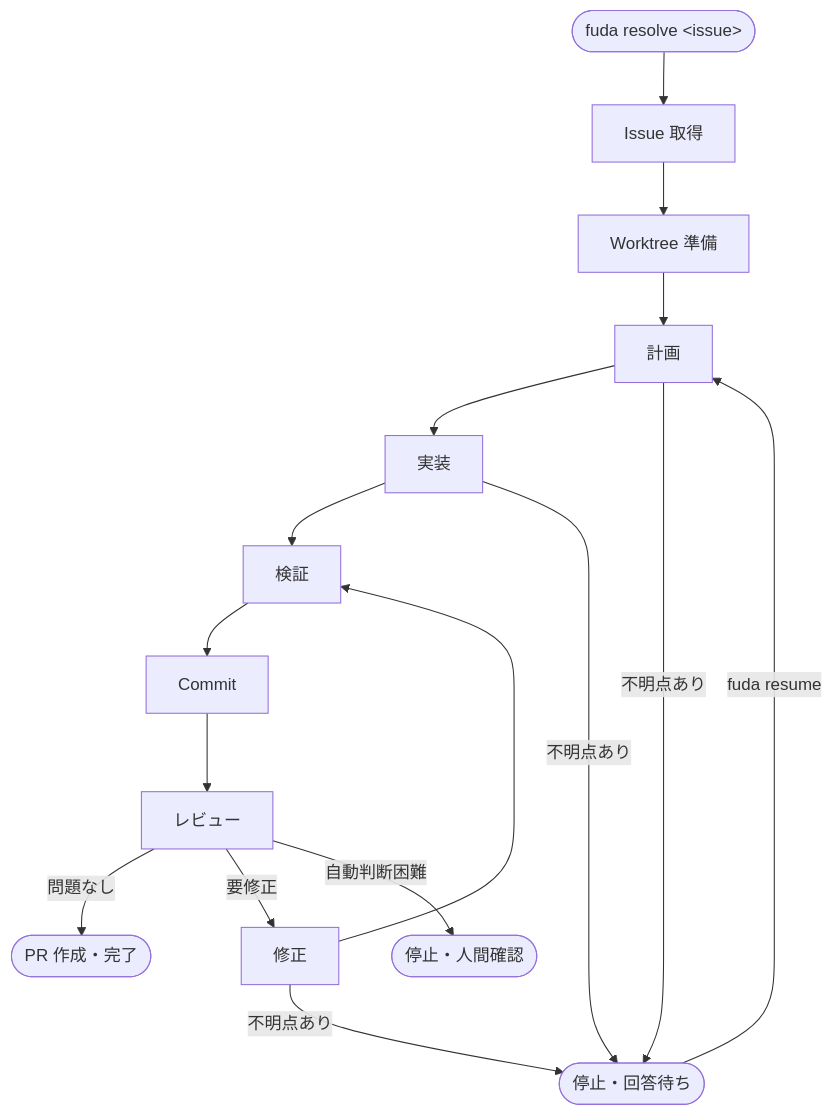
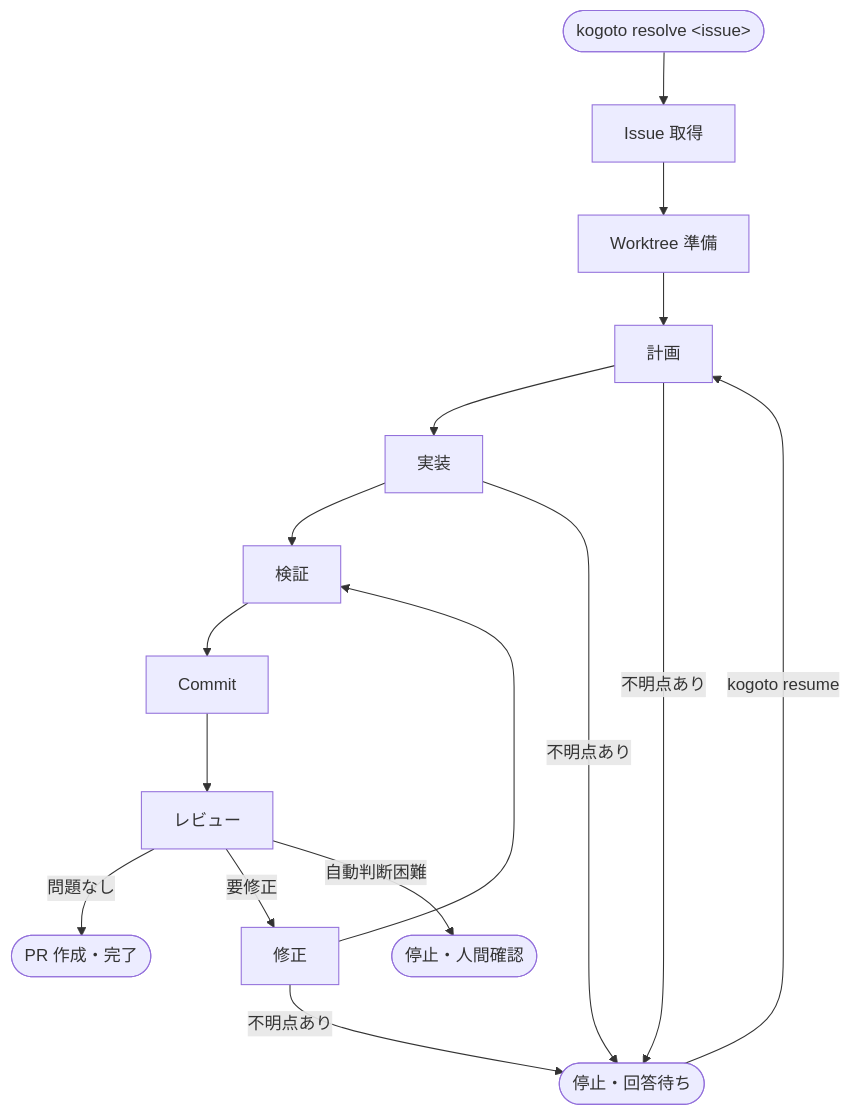
One commit to tooppoo/Fuda changed the diagram in docs/usage/run-flow.md. Above: the diagram before and after it, drawn with Mermaid. The commit also changed other lines of this file and 18 other files, not shown here.

First line of the commit message:
feat: Fuda → Kogoto rename (#44, #45, #46)

````diff
--- a/docs/usage/run-flow.md
+++ b/docs/usage/run-flow.md
@@ -7,20 +7,20 @@
 ```mermaid
 flowchart TD
-    START([fuda resolve &lt;issue&gt;]) --> A[Issue 取得]
+    START([kogoto resolve &lt;issue&gt;]) --> A[Issue 取得]
     A --> B[Worktree 準備]
     B --> C[計画]
     C --> D[実装]
     D --> E[検証]
     E --> F[Commit]
     F --> G[レビュー]
 
     G -->|問題なし| H([PR 作成・完了])
     G -->|要修正| FIX[修正]
     FIX --> E
     G -->|自動判断困難| STOP([停止・人間確認])
 
     C -->|不明点あり| WAIT([停止・回答待ち])
     D -->|不明点あり| WAIT
     FIX -->|不明点あり| WAIT
-    WAIT -->|fuda resume| C
+    WAIT -->|kogoto resume| C
 ```
````
